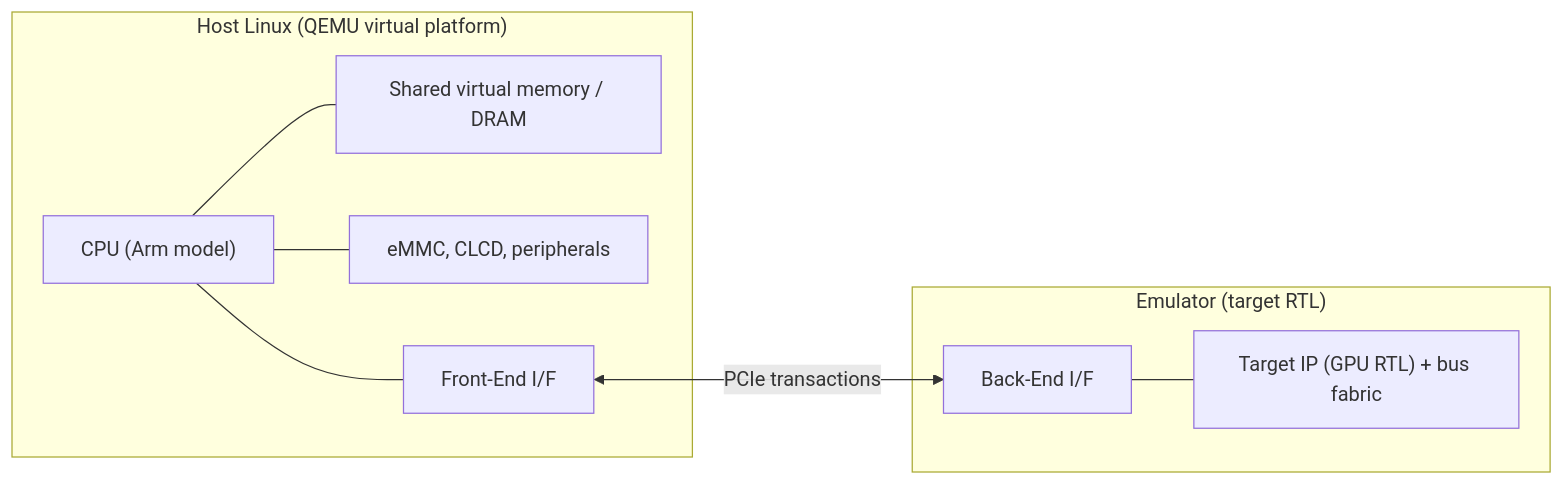
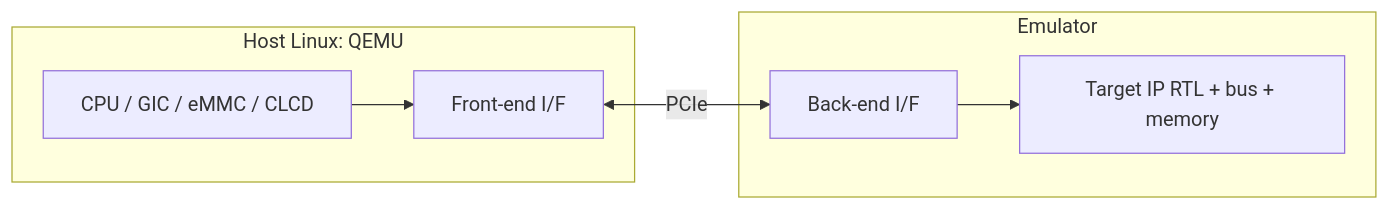
The diagram in docs/papers/ref-20261018-24f2-os-aware-ip-development-methodology.md (nemo99007/yt-paper), drawn with Mermaid before and after one commit. The commit also changed other lines of this file and 172 other files, not shown here.

````diff
--- a/docs/papers/ref-20261018-24f2-os-aware-ip-development-methodology.md
+++ b/docs/papers/ref-20261018-24f2-os-aware-ip-development-methodology.md
@@ -251,18 +194,10 @@
 ```mermaid
 flowchart LR
-  subgraph HOST["Host Linux (QEMU virtual platform)"]
-    CPU["CPU (Arm model)"]
-    SVM["Shared virtual memory / DRAM"]
-    PER["eMMC, CLCD, peripherals"]
-    FE["Front-End I/F"]
-    CPU --- SVM
-    CPU --- PER
-    CPU --- FE
+  subgraph Host[Host Linux: QEMU]
+    CPU[CPU / GIC / eMMC / CLCD] --> FE[Front-end I/F]
   end
-  subgraph EMU["Emulator (target RTL)"]
-    BE["Back-End I/F"]
-    IP["Target IP (GPU RTL) + bus fabric"]
-    BE --- IP
+  FE <-->|PCIe| BE[Back-end I/F]
+  subgraph EMU[Emulator]
+    BE --> TIP[Target IP RTL + bus + memory]
   end
-  FE <-->|"PCIe transactions"| BE
 ```
````
